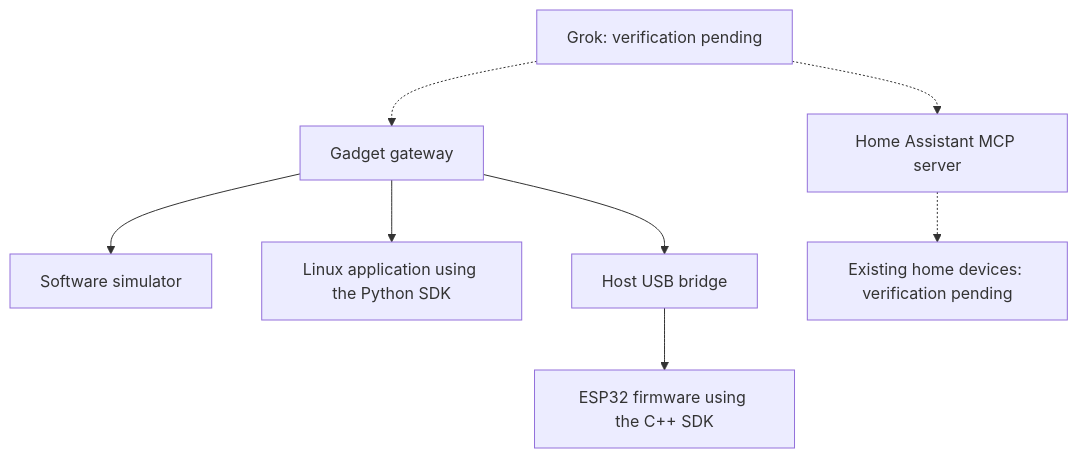
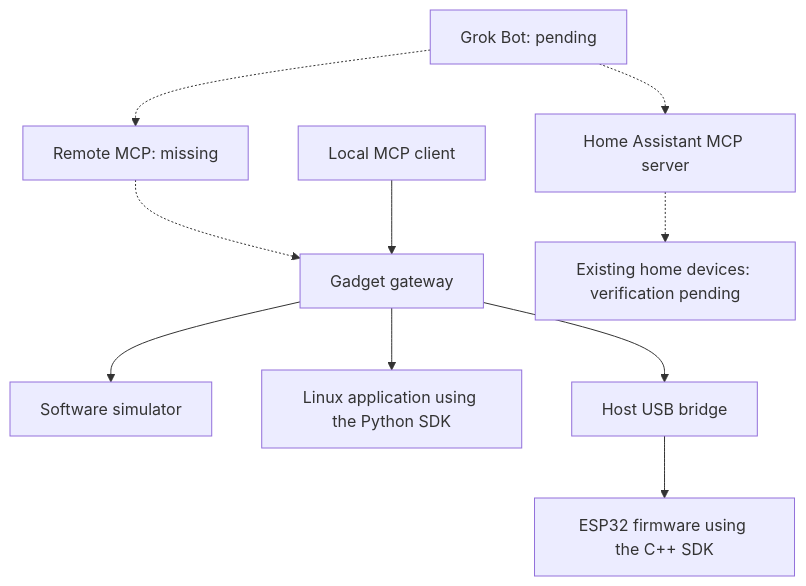
The first of 2 diagrams in docs/architecture/overview.md (adidshaft/grok-gadgets), drawn with Mermaid before and after one commit. The commit also changed other lines of this file and 44 other files, not shown here.

````diff
--- a/docs/architecture/overview.md
+++ b/docs/architecture/overview.md
@@ -13,10 +15,12 @@
 ```mermaid
 flowchart TD
-    G["Grok: verification pending"] -.-> W["Gadget gateway"]
+    G["Grok Bot: pending"] -.-> R["Remote MCP: missing"]
+    R -.-> W["Gadget gateway"]
+    C["Local MCP client"] --> W
     W --> S["Software simulator"]
     W --> L["Linux application using the Python SDK"]
     W --> U["Host USB bridge"]
     U --> E["ESP32 firmware using the C++ SDK"]
     G -.-> H["Home Assistant MCP server"]
     H -.-> D["Existing home devices: verification pending"]
 ```
````
